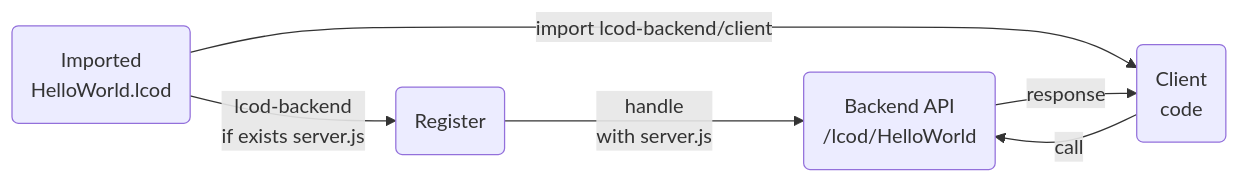
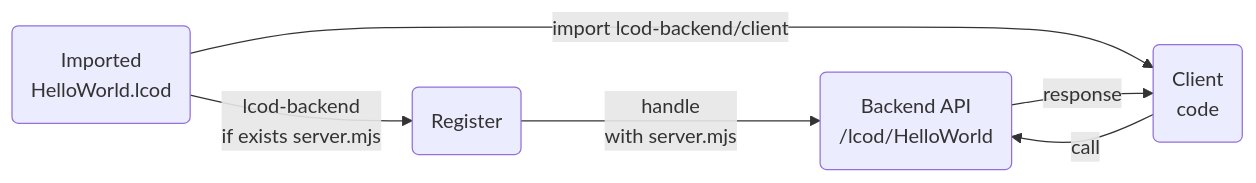
One commit to lcod-team/lcod-backend changed the diagram in README.md. Above: the diagram before and after it, drawn with Mermaid. The commit also changed other lines of this file, not shown here.

Commit message:
update doc to server.mjs

````diff
--- a/README.md
+++ b/README.md
@@ -10,8 +10,8 @@
 ```mermaid
 flowchart LR
-    A(Imported\nHelloWorld.lcod) -->|lcod-backend\nif exists server.js| B(Register)
-    B -->|handle\nwith server.js|C(Backend API\n/lcod/HelloWorld)
+    A(Imported\nHelloWorld.lcod) -->|lcod-backend\nif exists server.mjs| B(Register)
+    B -->|handle\nwith server.mjs|C(Backend API\n/lcod/HelloWorld)
     A -->|import lcod-backend/client| D(Client\ncode)
     D -->|call|C
     C -->|response|D
 ```
````
